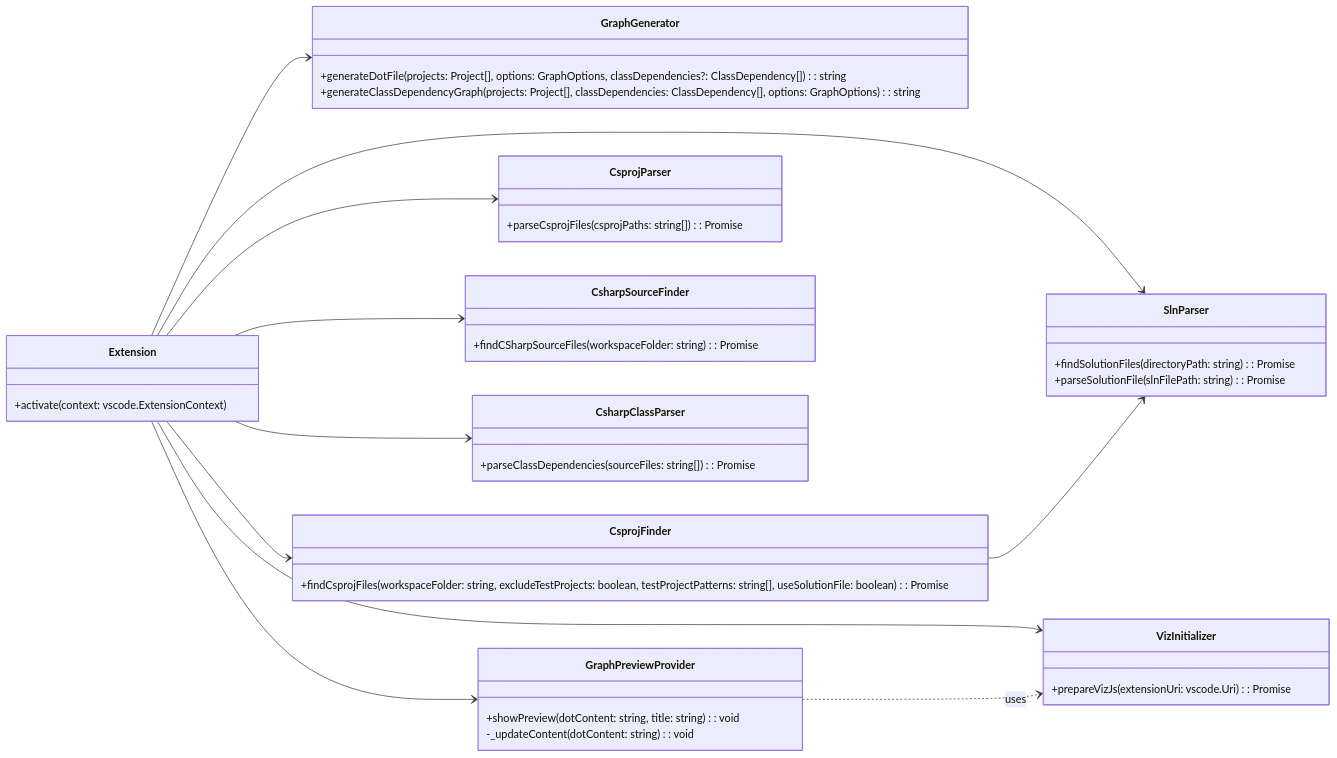
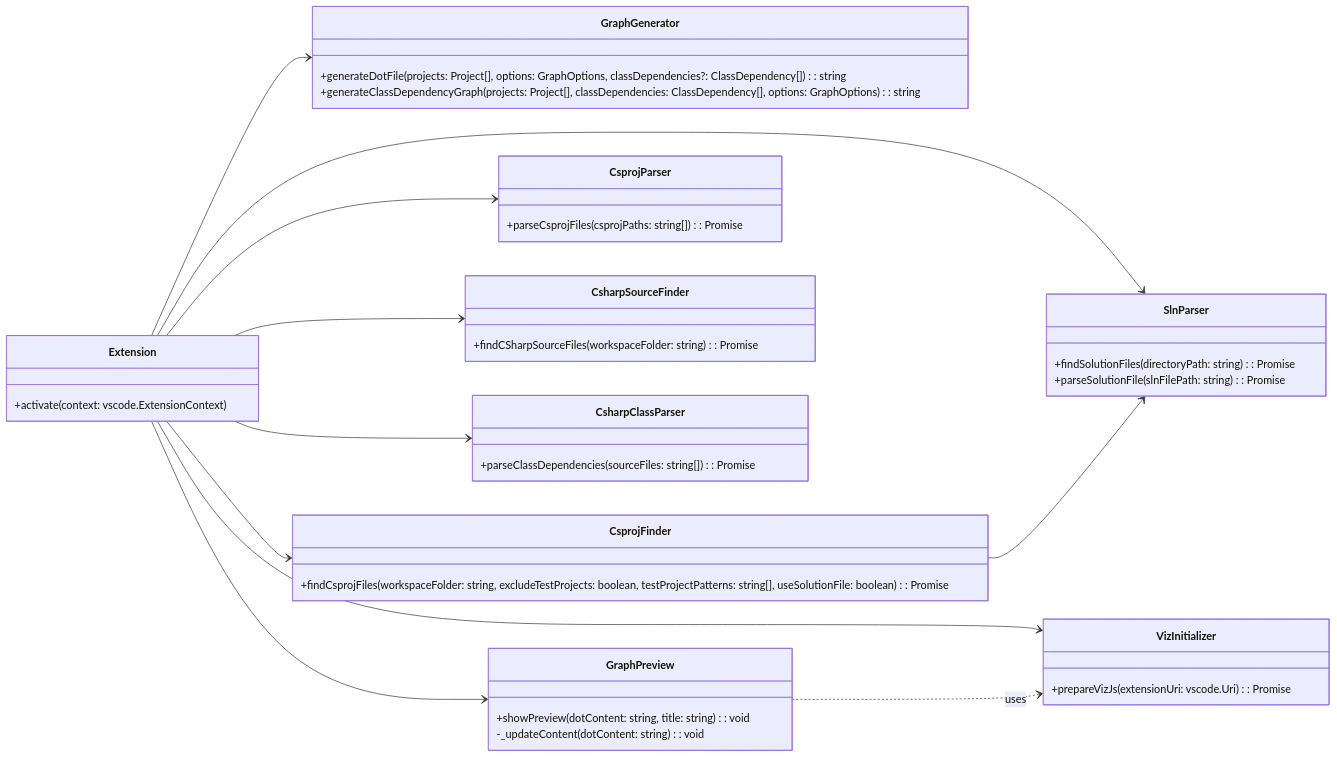
The diagram in README.md (magic5644/vscode-csharp-dependency-graph), drawn with Mermaid before and after one commit. The commit also changed 2 other files, not shown here.

Commit message:
Refactor GraphPreviewProvider to GraphPreview and remove unused file

````diff
--- a/README.md
+++ b/README.md
@@ -123,54 +123,54 @@
 ```mermaid
 classDiagram
   direction LR
 
   class Extension {
       +activate(context: vscode.ExtensionContext)
   }
 
   class GraphGenerator {
       +generateDotFile(projects: Project[], options: GraphOptions, classDependencies?: ClassDependency[]): string
       +generateClassDependencyGraph(projects: Project[], classDependencies: ClassDependency[], options: GraphOptions): string
   }
 
   class CsprojFinder {
       +findCsprojFiles(workspaceFolder: string, excludeTestProjects: boolean, testProjectPatterns: string[], useSolutionFile: boolean): Promise<string[]>
   }
 
   class CsprojParser {
       +parseCsprojFiles(csprojPaths: string[]): Promise<Project[]>
   }
 
   class SlnParser {
       +findSolutionFiles(directoryPath: string): Promise<string[]>
       +parseSolutionFile(slnFilePath: string): Promise<string[]>
   }
 
   class CsharpSourceFinder {
       +findCSharpSourceFiles(workspaceFolder: string): Promise<string[]>
   }
 
   class CsharpClassParser {
       +parseClassDependencies(sourceFiles: string[]): Promise<ClassDependency[]>
   }
   
-  class GraphPreviewProvider {
+  class GraphPreview {
       +showPreview(dotContent: string, title: string): void
       -_updateContent(dotContent: string): void
   }
   
   class VizInitializer {
       +prepareVizJs(extensionUri: vscode.Uri): Promise<boolean>
   }
 
   Extension --> GraphGenerator
   Extension --> CsprojFinder
   Extension --> CsprojParser
   Extension --> CsharpSourceFinder
   Extension --> CsharpClassParser
   Extension --> SlnParser
-  Extension --> GraphPreviewProvider
+  Extension --> GraphPreview
   Extension --> VizInitializer
   CsprojFinder --> SlnParser
-  GraphPreviewProvider ..> VizInitializer: uses
+  GraphPreview ..> VizInitializer: uses
 ```
````
